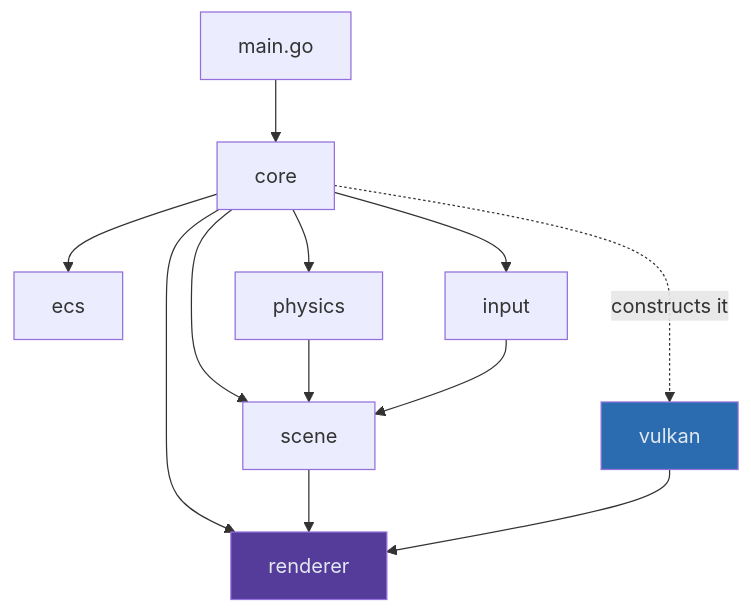
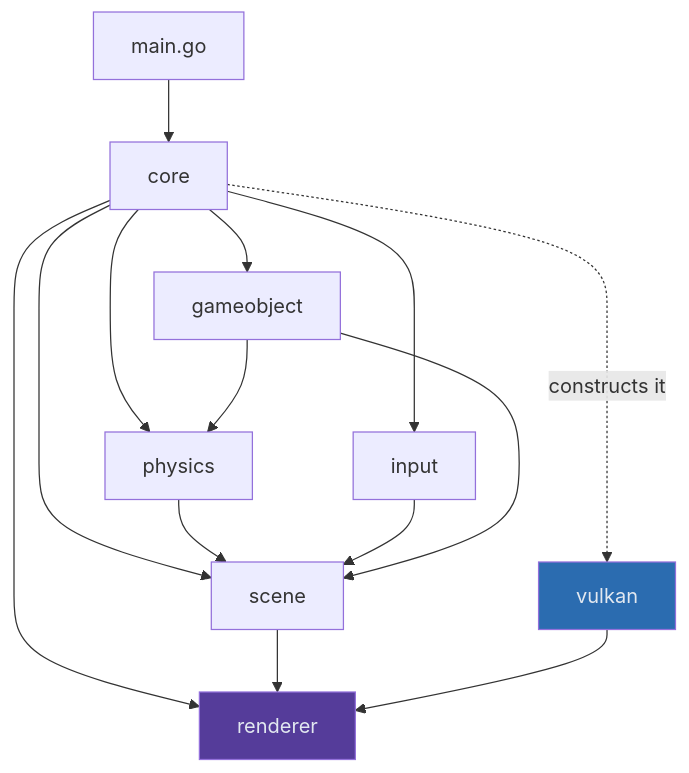
Before and after one commit to Zephyr75/overdrive: the second of 4 diagrams in notes/OVERVIEW.md, drawn with Mermaid. The commit also changed other lines of this file and 42 other files, not shown here.

````diff
--- a/notes/OVERVIEW.md
+++ b/notes/OVERVIEW.md
@@ -29,17 +29,19 @@
 ```mermaid
 graph TD
     M[main.go] --> C[core]
     C --> S[scene]
-    C --> E[ecs]
+    C --> E[gameobject]
     C --> P[physics]
     C --> I[input]
     C --> R[renderer]
     S --> R
     P --> S
     I --> S
+    E --> P
+    E --> S
     C -.->|constructs it| VK[vulkan]
     VK --> R
 
     style R fill:#553c9a,color:#e2e8f0
     style VK fill:#2b6cb0,color:#e2e8f0
 ```
````
